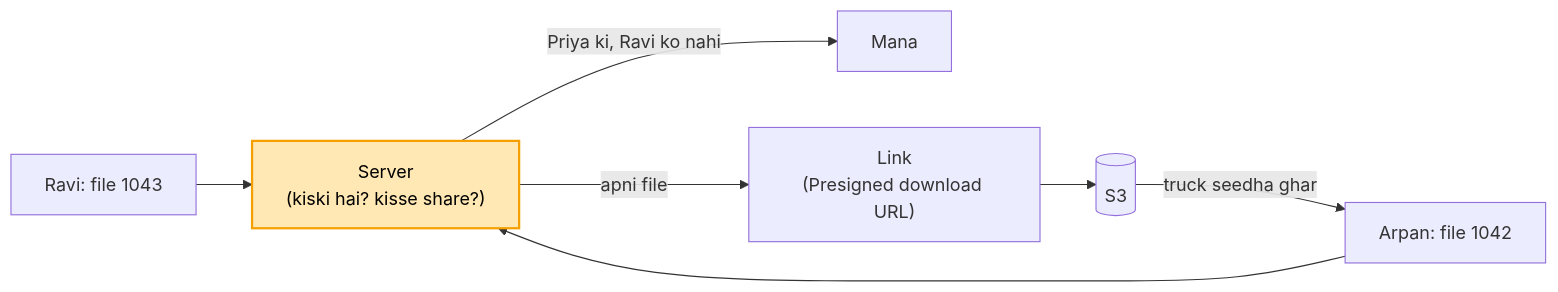
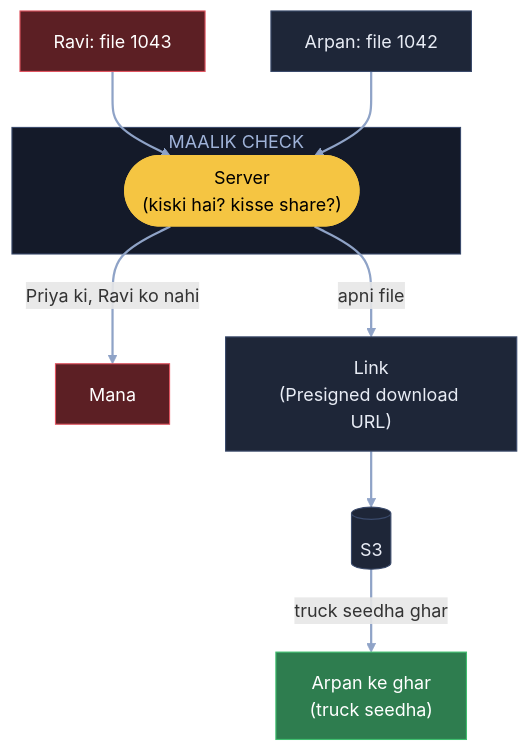
Before and after one commit to ArpanMaheshwari144/Prep: the sixth of 8 diagrams in 04_HLD/SYSTEM_DESIGNS/07_file_upload_validate_system/07_file_upload.md, drawn with Mermaid. The commit also changed other lines of this file, not shown here.

Commit message:
File upload: 8 diagram YouTube (reel) wale card andaaz me

````diff
--- a/04_HLD/SYSTEM_DESIGNS/07_file_upload_validate_system/07_file_upload.md
+++ b/04_HLD/SYSTEM_DESIGNS/07_file_upload_validate_system/07_file_upload.md
@@ -164,10 +220,24 @@
 ```mermaid
-flowchart LR
-    R["Ravi: file 1043"] --> U["Server<br/>(kiski hai? kisse share?)"]
-    U -- "Priya ki, Ravi ko nahi" --> X["Mana"]
-    A["Arpan: file 1042"] --> U
-    U -- "apni file" --> T["Link<br/>(Presigned download URL)"]
-    T --> S3[("S3")]
-    S3 -- "truck seedha ghar" --> A
-    style U fill:#ffe8b3,stroke:#f59f00,stroke-width:2px,color:#000
+flowchart TB
+    R["Ravi: file 1043"]:::bad
+    A["Arpan: file 1042"]:::card
+    subgraph MC["MAALIK CHECK"]
+        U(["Server<br/>(kiski hai? kisse share?)"]):::pill
+    end
+    X["Mana"]:::bad
+    T["Link<br/>(Presigned download URL)"]:::card
+    S3[("S3")]:::card
+    AH["Arpan ke ghar<br/>(truck seedha)"]:::good
+    R --> U
+    A --> U
+    U -- "Priya ki, Ravi ko nahi" --> X
+    U -- "apni file" --> T
+    T --> S3
+    S3 -- "truck seedha ghar" --> AH
+    linkStyle default stroke:#8fa3c7,stroke-width:2px
+    classDef card fill:#1e2638,stroke:#3a4a6b,color:#e8ecf5
+    classDef pill fill:#f5c542,stroke:#f5c542,color:#000
+    classDef good fill:#2e7d4f,stroke:#3fbf6f,color:#fff
+    classDef bad fill:#5c1f24,stroke:#e05561,color:#fff
+    style MC fill:#141a29,stroke:#3a4a6b,color:#9fb3d9
 ```
````
